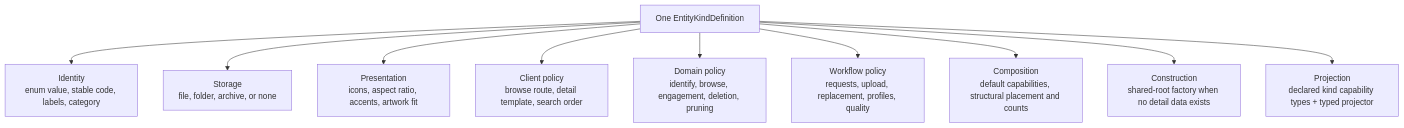
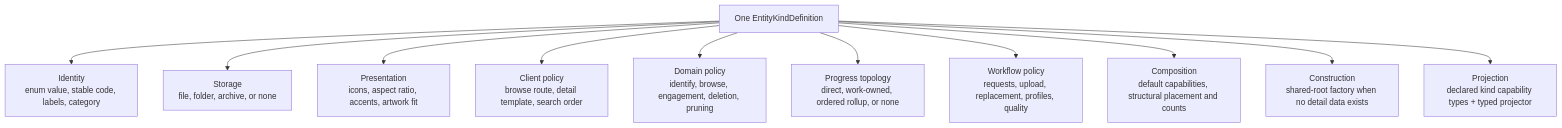
One commit to pauljoda/Prismedia changed the second of 10 diagrams in documentation-site/docs/developers/entity-definitions-and-data-flow.md. Above: the diagram before and after it, drawn with Mermaid. The commit also changed other lines of this file and 37 other files, not shown here.

Commit message:
refactor(backend): define entity progress topology

````diff
--- a/documentation-site/docs/developers/entity-definitions-and-data-flow.md
+++ b/documentation-site/docs/developers/entity-definitions-and-data-flow.md
@@ -76,13 +76,14 @@
 ```mermaid
 flowchart TD
   Kind["One EntityKindDefinition"]
   Kind --> Identity["Identity<br/>enum value, stable code, labels, category"]
   Kind --> Storage["Storage<br/>file, folder, archive, or none"]
   Kind --> Presentation["Presentation<br/>icons, aspect ratio, accents, artwork fit"]
   Kind --> Navigation["Client policy<br/>browse route, detail template, search order"]
   Kind --> Behavior["Domain policy<br/>identify, browse, engagement, deletion, pruning"]
+  Kind --> Progress["Progress topology<br/>direct, work-owned, ordered rollup, or none"]
   Kind --> Acquisition["Workflow policy<br/>requests, upload, replacement, profiles, quality"]
   Kind --> Composition["Composition<br/>default capabilities, structural placement and counts"]
   Kind --> Construction["Construction<br/>shared-root factory when no detail data exists"]
   Kind --> Projection["Projection<br/>declared kind capability types + typed projector"]
 ```
````
